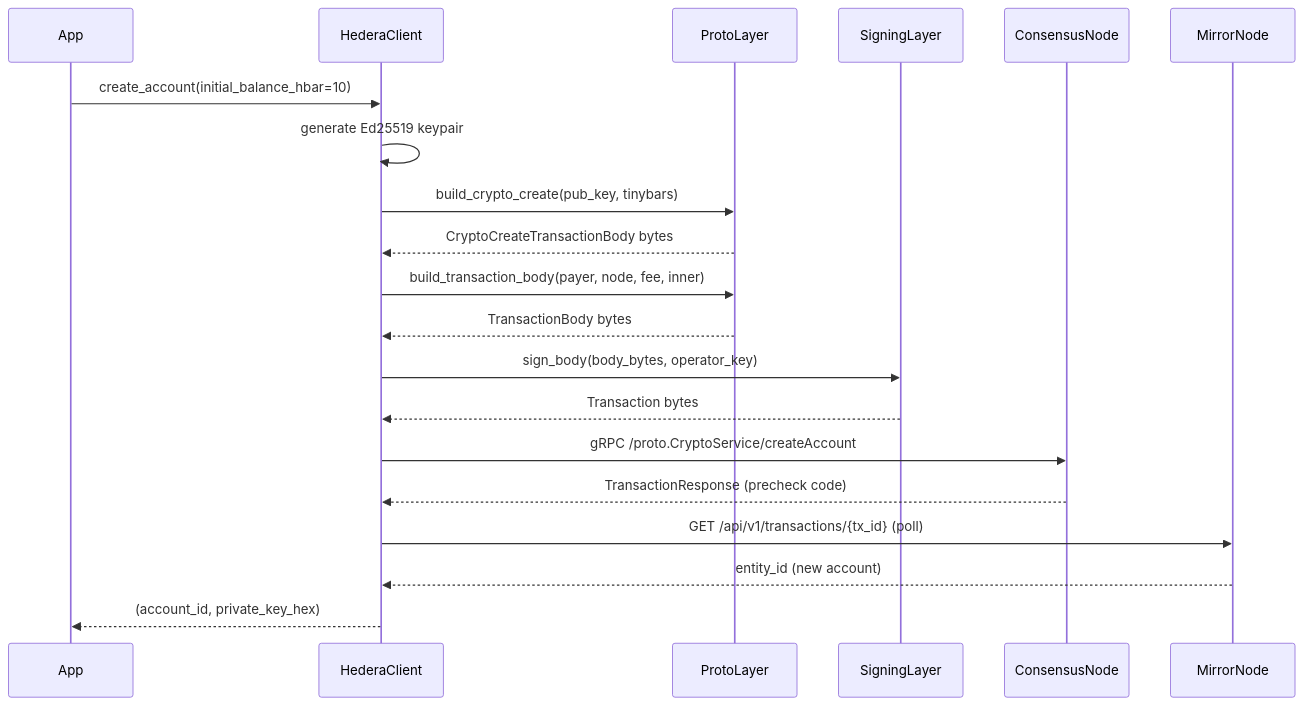
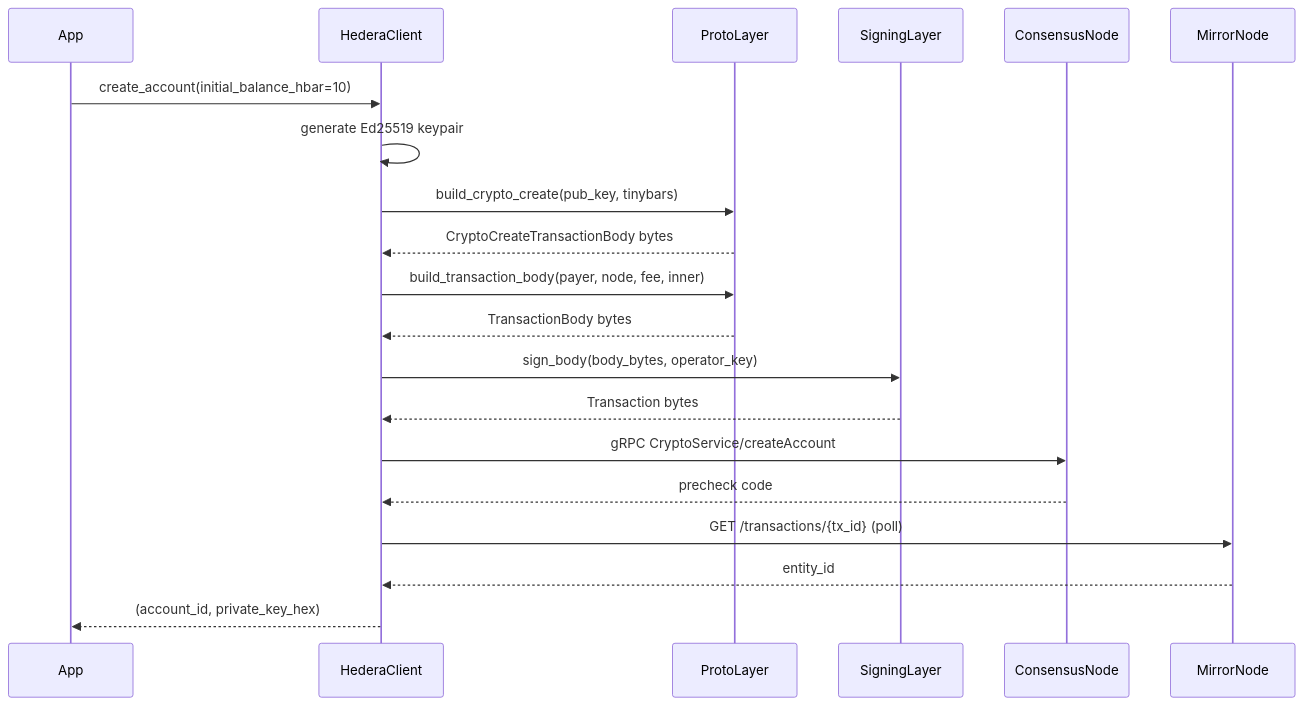
The second of 4 diagrams in README.md (De-real-iManuel/hedera-py-lite), drawn with Mermaid before and after one commit. The commit also changed other lines of this file and 9 other files, not shown here.

````diff
--- a/README.md
+++ b/README.md
@@ -71,23 +237,23 @@
 ```mermaid
 sequenceDiagram
     participant App
     participant HederaClient
     participant ProtoLayer
     participant SigningLayer
     participant ConsensusNode
     participant MirrorNode
 
     App->>HederaClient: create_account(initial_balance_hbar=10)
     HederaClient->>HederaClient: generate Ed25519 keypair
     HederaClient->>ProtoLayer: build_crypto_create(pub_key, tinybars)
     ProtoLayer-->>HederaClient: CryptoCreateTransactionBody bytes
     HederaClient->>ProtoLayer: build_transaction_body(payer, node, fee, inner)
     ProtoLayer-->>HederaClient: TransactionBody bytes
     HederaClient->>SigningLayer: sign_body(body_bytes, operator_key)
     SigningLayer-->>HederaClient: Transaction bytes
-    HederaClient->>ConsensusNode: gRPC /proto.CryptoService/createAccount
-    ConsensusNode-->>HederaClient: TransactionResponse (precheck code)
-    HederaClient->>MirrorNode: GET /api/v1/transactions/{tx_id} (poll)
-    MirrorNode-->>HederaClient: entity_id (new account)
+    HederaClient->>ConsensusNode: gRPC CryptoService/createAccount
+    ConsensusNode-->>HederaClient: precheck code
+    HederaClient->>MirrorNode: GET /transactions/{tx_id} (poll)
+    MirrorNode-->>HederaClient: entity_id
     HederaClient-->>App: (account_id, private_key_hex)
 ```
````
